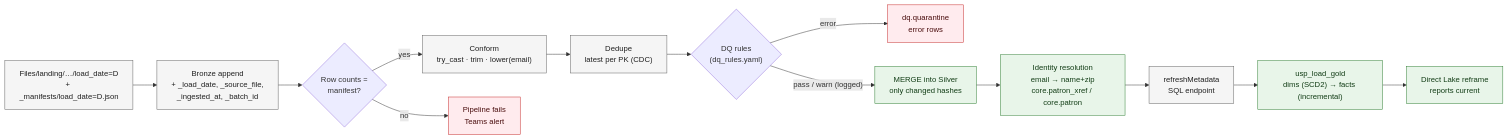
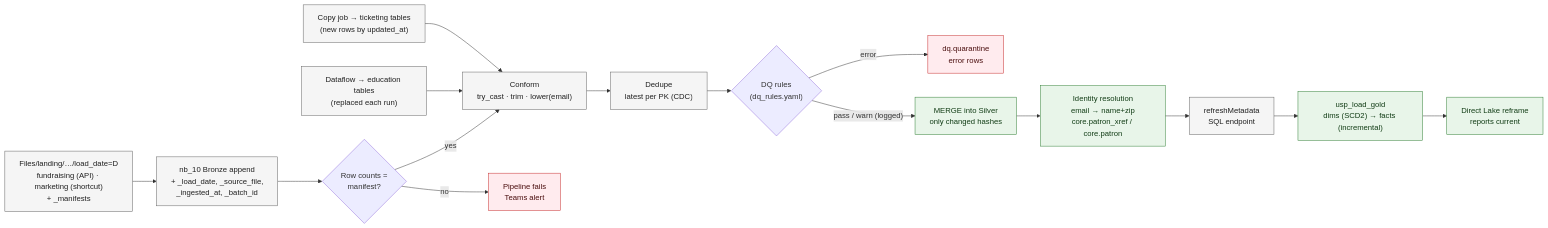
Before and after one commit to musatouray/performing-arts-audience-development-platform: the diagram in docs/diagrams/src/06-medallion-dataflow.mmd, drawn with Mermaid. The commit also changed 77 other files, not shown here.

Commit message:
Medallion architecture end-to-end: four ingestion patterns, silver data quality checks, gold star schema, daily pipeline runs

```diff
--- a/docs/diagrams/src/06-medallion-dataflow.mmd
+++ b/docs/diagrams/src/06-medallion-dataflow.mmd
@@ -1,25 +1,30 @@
 %% One daily run, end to end, with the quality gates
 flowchart LR
   classDef ok fill:#E8F5E9,stroke:#2E7D32,color:#123D16
   classDef bad fill:#FFEBEE,stroke:#C62828,color:#4A0E0E
   classDef step fill:#F5F5F5,stroke:#616161,color:#212121
 
-  A["Files/landing/…/load_date=D<br/>+ _manifests/load_date=D.json"]:::step
-  B["Bronze append<br/>+ _load_date, _source_file,<br/>_ingested_at, _batch_id"]:::step
+  CJ["Copy job → ticketing tables<br/>(new rows by updated_at)"]:::step
+  DF["Dataflow → education tables<br/>(replaced each run)"]:::step
+  A["Files/landing/…/load_date=D<br/>fundraising (API) · marketing (shortcut)<br/>+ _manifests"]:::step
+  B["nb_10 Bronze append<br/>+ _load_date, _source_file,<br/>_ingested_at, _batch_id"]:::step
   R{"Row counts =<br/>manifest?"}
   C["Conform<br/>try_cast · trim · lower(email)"]:::step
   DD["Dedupe<br/>latest per PK (CDC)"]:::step
   Q{"DQ rules<br/>(dq_rules.yaml)"}
   QU["dq.quarantine<br/>error rows"]:::bad
   M["MERGE into Silver<br/>only changed hashes"]:::ok
   IR["Identity resolution<br/>email → name+zip<br/>core.patron_xref / core.patron"]:::ok
   SY["refreshMetadata<br/>SQL endpoint"]:::step
   G["usp_load_gold<br/>dims (SCD2) → facts (incremental)"]:::ok
   DL["Direct Lake reframe<br/>reports current"]:::ok
   X["Pipeline fails<br/>Teams alert"]:::bad
 
   A --> B --> R
-  R -- yes --> C --> DD --> Q
+  R -- yes --> C
+  CJ --> C
+  DF --> C
+  C --> DD --> Q
   R -- no --> X
   Q -- "error" --> QU
   Q -- "pass / warn (logged)" --> M --> IR --> SY --> G --> DL
```
